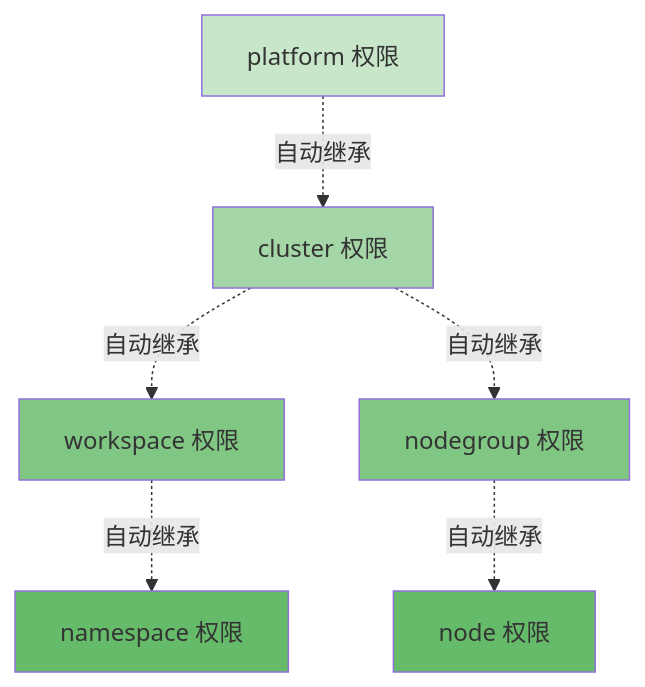
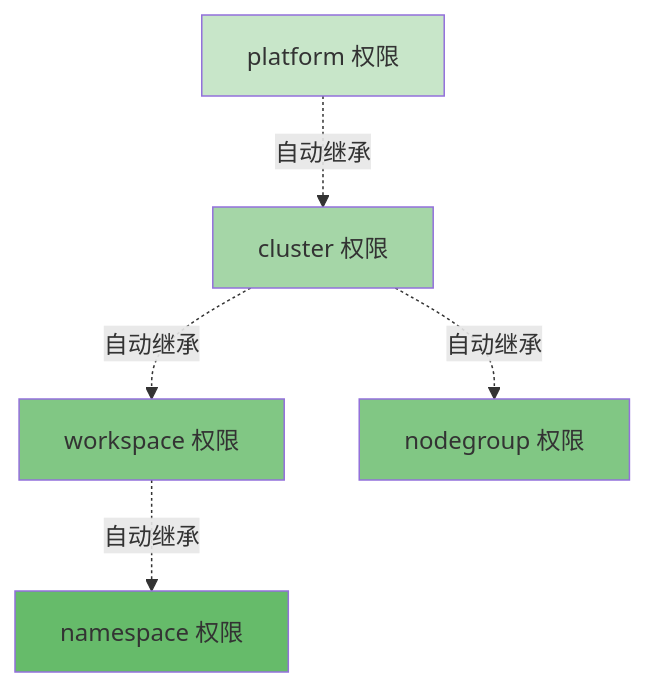
Before and after one commit to imneov/edge-website: the first of 3 diagrams in docs/developer/permissions/cascading.md, drawn with Mermaid. The commit also changed other lines of this file and 16 other files, not shown here.

````diff
--- a/docs/developer/permissions/cascading.md
+++ b/docs/developer/permissions/cascading.md
@@ -18,15 +18,13 @@
 ```mermaid
 graph TD
     A[platform 权限] -.自动继承.-> B[cluster 权限]
     B -.自动继承.-> C1[workspace 权限]
     B -.自动继承.-> C2[nodegroup 权限]
     C1 -.自动继承.-> D[namespace 权限]
-    C2 -.自动继承.-> E[node 权限]
 
     style A fill:#C8E6C9
     style B fill:#A5D6A7
     style C1 fill:#81C784
     style C2 fill:#81C784
     style D fill:#66BB6A
-    style E fill:#66BB6A
 ```
````
